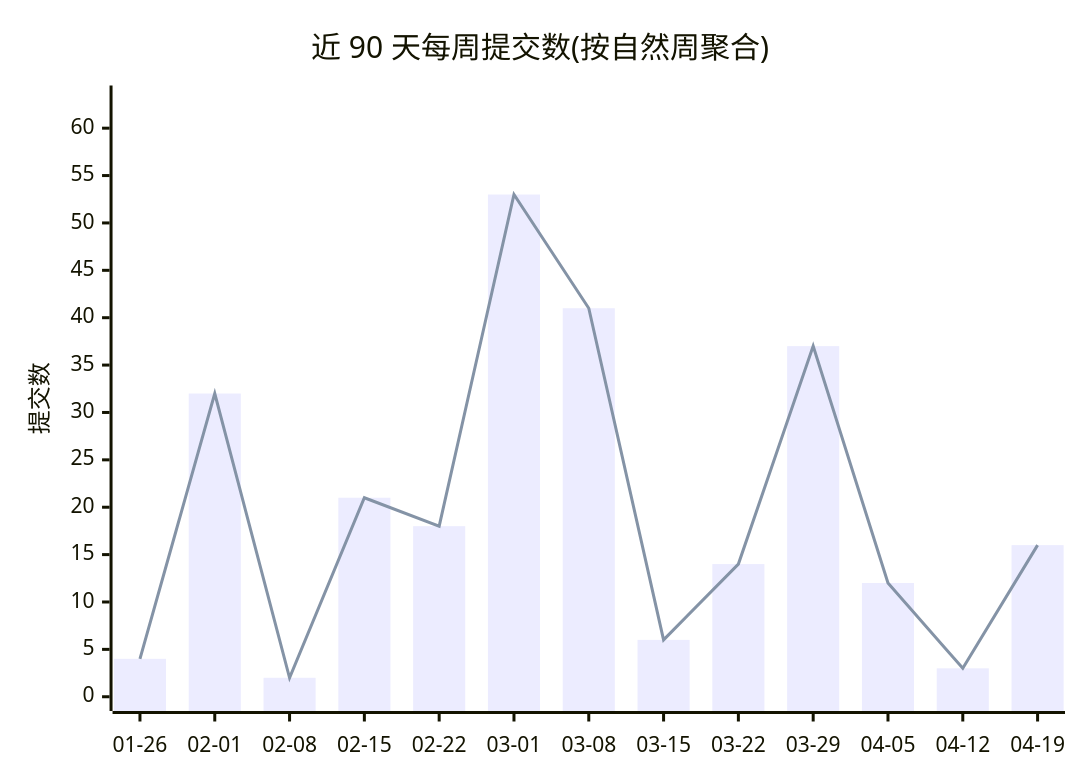
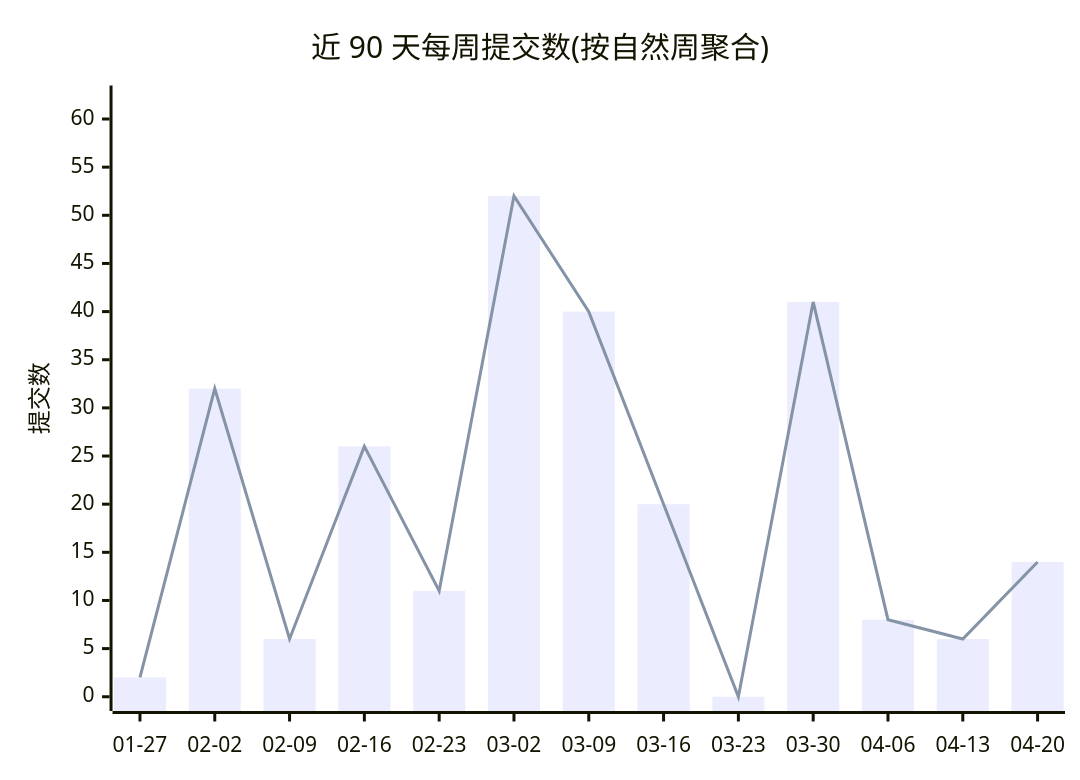
Before and after one commit to Conflux-Union/.github: the first of 2 diagrams in profile/README.md, drawn with Mermaid. The commit also changed other lines of this file and 1 other file, not shown here.

Commit message:
chore(stats): refresh org commit stats

````diff
--- a/profile/README.md
+++ b/profile/README.md
@@ -44,8 +44,8 @@
 ```mermaid
 xychart-beta
     title "近 90 天每周提交数(按自然周聚合)"
-    x-axis ["01-26", "02-01", "02-08", "02-15", "02-22", "03-01", "03-08", "03-15", "03-22", "03-29", "04-05", "04-12", "04-19"]
-    y-axis "提交数" 0 --> 63
-    bar [4, 32, 2, 21, 18, 53, 41, 6, 14, 37, 12, 3, 16]
-    line [4, 32, 2, 21, 18, 53, 41, 6, 14, 37, 12, 3, 16]
+    x-axis ["01-27", "02-02", "02-09", "02-16", "02-23", "03-02", "03-09", "03-16", "03-23", "03-30", "04-06", "04-13", "04-20"]
+    y-axis "提交数" 0 --> 62
+    bar [2, 32, 6, 26, 11, 52, 40, 20, 0, 41, 8, 6, 14]
+    line [2, 32, 6, 26, 11, 52, 40, 20, 0, 41, 8, 6, 14]
 ```
````
